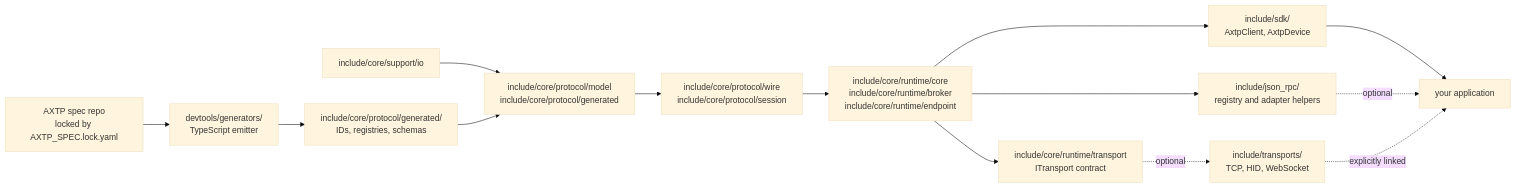
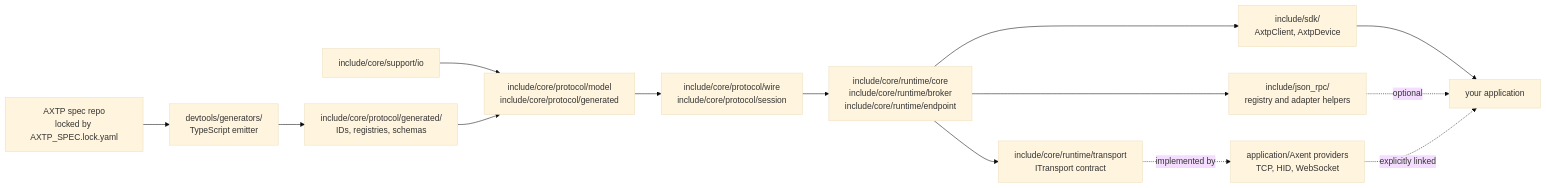
One commit to Mostorm-Labs/axtp-cpp-runtime changed the diagram in README.md. Above: the diagram before and after it, drawn with Mermaid (base theme). The commit also changed other lines of this file and 22 other files, not shown here.

Commit message:
Remove concrete transport wrappers from cpp-runtime

````diff
--- a/README.md
+++ b/README.md
@@ -12,20 +12,20 @@
 ```mermaid
 flowchart LR
     Spec["AXTP spec repo\nlocked by AXTP_SPEC.lock.yaml"] --> Generators["devtools/generators/\nTypeScript emitter"]
     Generators --> Generated["include/core/protocol/generated/\nIDs, registries, schemas"]
 
     Support["include/core/support/io"] --> Protocol["include/core/protocol/model\ninclude/core/protocol/generated"]
     Generated --> Protocol
     Protocol --> Wire["include/core/protocol/wire\ninclude/core/protocol/session"]
     Wire --> Runtime["include/core/runtime/core\ninclude/core/runtime/broker\ninclude/core/runtime/endpoint"]
     Runtime --> SDK["include/sdk/\nAxtpClient, AxtpDevice"]
 
     Runtime --> TransportApi["include/core/runtime/transport\nITransport contract"]
-    TransportApi -. optional .-> ConcreteTransports["include/transports/\nTCP, HID, WebSocket"]
+    TransportApi -. implemented by .-> ConcreteTransports["application/Axent providers\nTCP, HID, WebSocket"]
 
     Runtime --> JsonRpc["include/json_rpc/\nregistry and adapter helpers"]
 
     SDK --> Apps["your application"]
     JsonRpc -. optional .-> Apps
     ConcreteTransports -. explicitly linked .-> Apps
 ```
````
